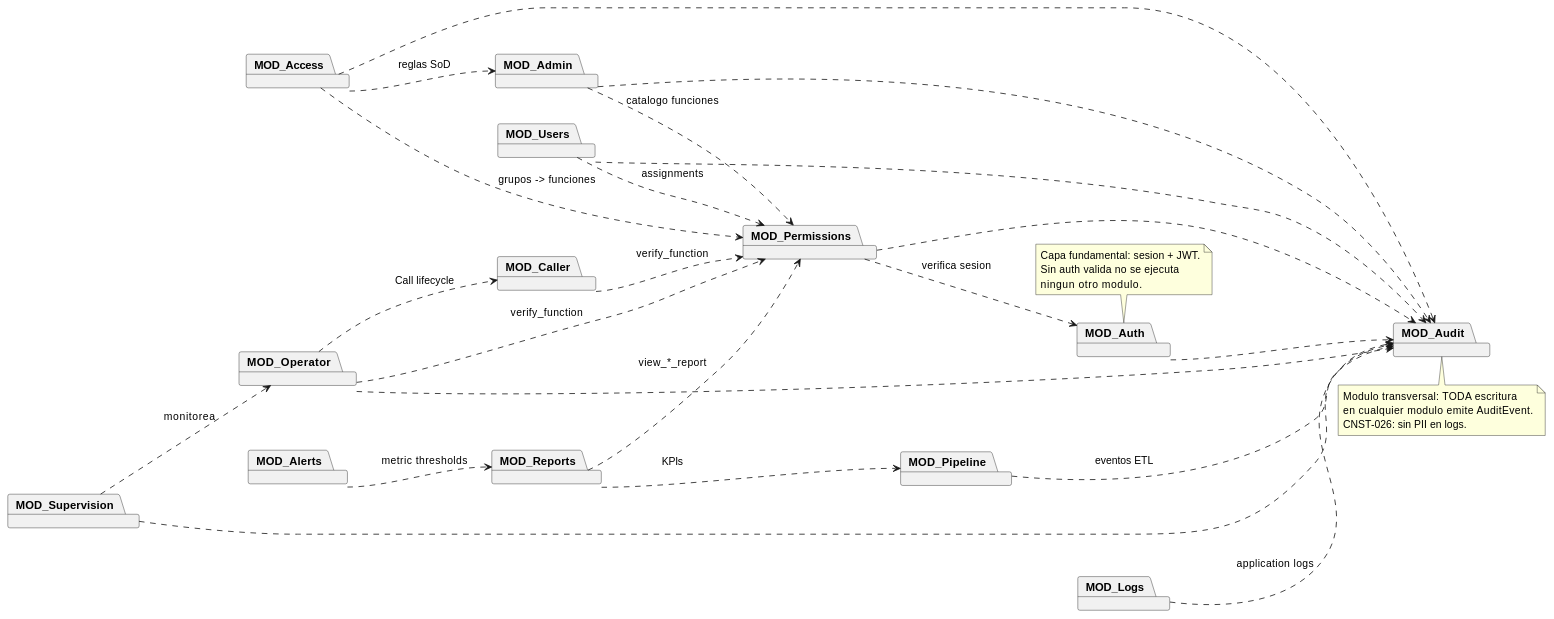
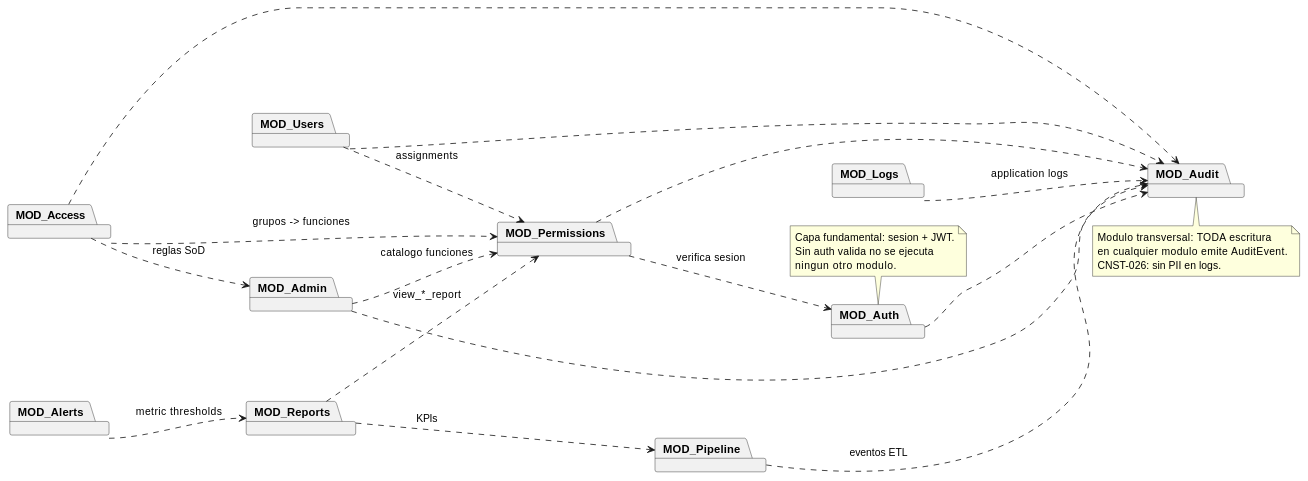
Before and after one commit to jcg-admin/IACT-docs: the diagram in source/arquitectura-tecnica/design-view/package-overview.rst, drawn with PlantUML. The commit also changed other lines of this file and 8 other files, not shown here.

```diff
--- a/source/arquitectura-tecnica/design-view/package-overview.rst
+++ b/source/arquitectura-tecnica/design-view/package-overview.rst
@@ -28,66 +38,54 @@
 .. uml::
- :caption: Sistema IACT — paquetes funcionales y dependencias.
+ :caption: Sistema IACT — paquetes funcionales en scope.
 
  @startuml
 
  left to right direction
 
  package "MOD_Auth" as MOD_Auth
  package "MOD_Permissions" as MOD_Permissions
  package "MOD_Access" as MOD_Access
  package "MOD_Admin" as MOD_Admin
  package "MOD_Users" as MOD_Users
 
  package "MOD_Audit" as MOD_Audit
 
- package "MOD_Caller" as MOD_Caller
- package "MOD_Operator" as MOD_Operator
- package "MOD_Supervision" as MOD_Supervision
-
  package "MOD_Pipeline" as MOD_Pipeline
  package "MOD_Reports" as MOD_Reports
  package "MOD_Alerts" as MOD_Alerts
  package "MOD_Logs" as MOD_Logs
 
  ' --- Dependencias core ---
  MOD_Permissions ..> MOD_Auth : verifica sesion
  MOD_Access ..> MOD_Permissions : grupos -> funciones
  MOD_Access ..> MOD_Admin : reglas SoD
  MOD_Admin ..> MOD_Permissions : catalogo funciones
  MOD_Users ..> MOD_Permissions : assignments
-
- ' --- Capa operativa ---
- MOD_Operator ..> MOD_Permissions : verify_function
- MOD_Operator ..> MOD_Caller : Call lifecycle
- MOD_Supervision ..> MOD_Operator : monitorea
- MOD_Caller ..> MOD_Permissions : verify_function
 
  ' --- Datos y observabilidad ---
  MOD_Pipeline ..> MOD_Audit : eventos ETL
  MOD_Reports ..> MOD_Pipeline : KPIs
  MOD_Reports ..> MOD_Permissions : view_*_report
  MOD_Alerts ..> MOD_Reports : metric thresholds
  MOD_Logs ..> MOD_Audit : application logs
 
  ' --- Auditoria es transversal ---
  MOD_Auth ..> MOD_Audit
  MOD_Access ..> MOD_Audit
  MOD_Admin ..> MOD_Audit
  MOD_Users ..> MOD_Audit
  MOD_Permissions ..> MOD_Audit
- MOD_Operator ..> MOD_Audit
- MOD_Supervision ..> MOD_Audit
 
  note bottom of MOD_Audit
    Modulo transversal: TODA escritura
    en cualquier modulo emite AuditEvent.
    CNST-026: sin PII en logs.
  end note
 
  note top of MOD_Auth
    Capa fundamental: sesion + JWT.
    Sin auth valida no se ejecuta
    ningun otro modulo.
  end note
 
  @enduml
```
